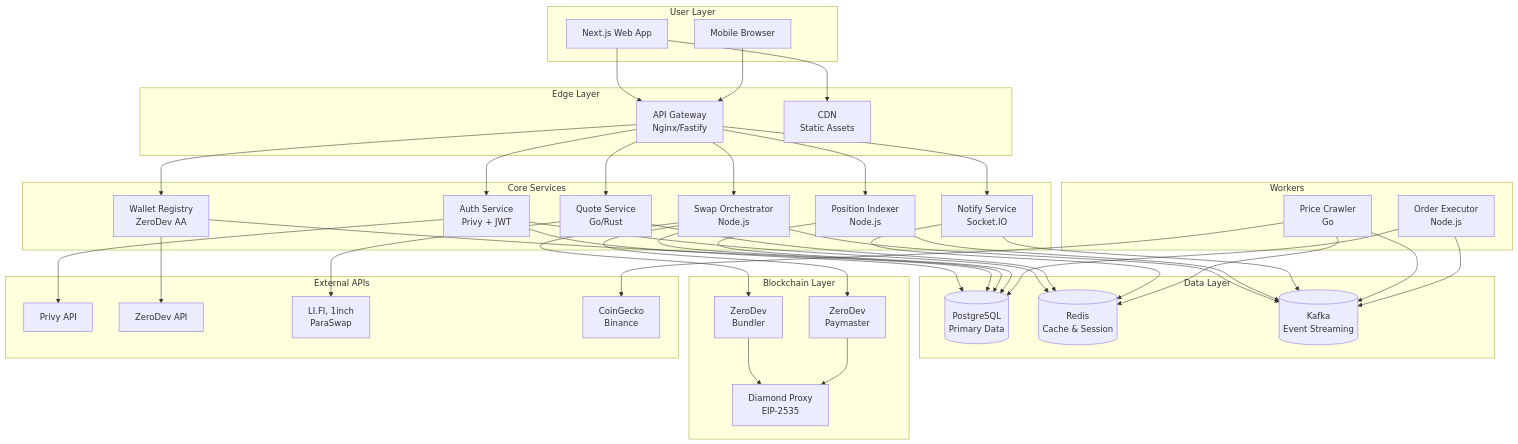
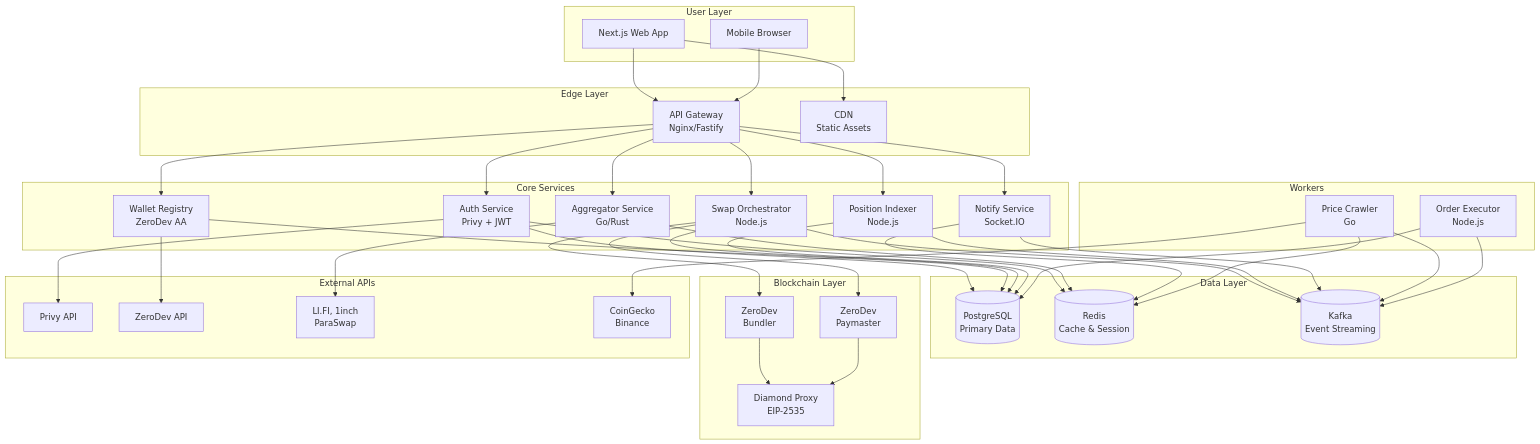
One commit to 0xsyncroot/moonx-farm changed the first of 4 diagrams in memory-bank/systemPatterns.md. Above: the diagram before and after it, drawn with Mermaid. The commit also changed other lines of this file and 56 other files, not shown here.

```diff
--- a/memory-bank/systemPatterns.md
+++ b/memory-bank/systemPatterns.md
@@ -46,7 +46,7 @@
     subgraph "Core Services"
         AUTH[Auth Service<br/>Privy + JWT]
         WALLET[Wallet Registry<br/>ZeroDev AA]
-        QUOTE[Quote Service<br/>Go/Rust]
+        QUOTE[Aggregator Service<br/>Go/Rust]
         SWAP[Swap Orchestrator<br/>Node.js]
         POS[Position Indexer<br/>Node.js]
         NOTIFY[Notify Service<br/>Socket.IO]
```
